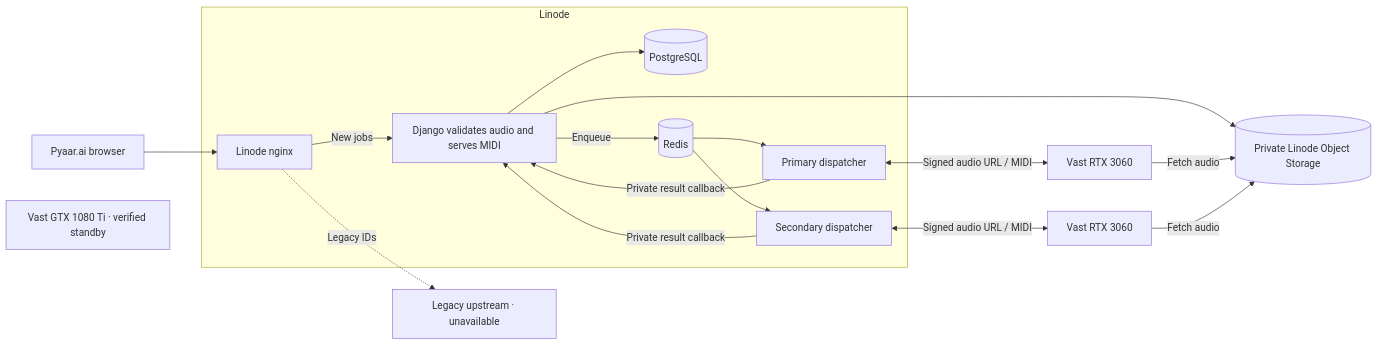
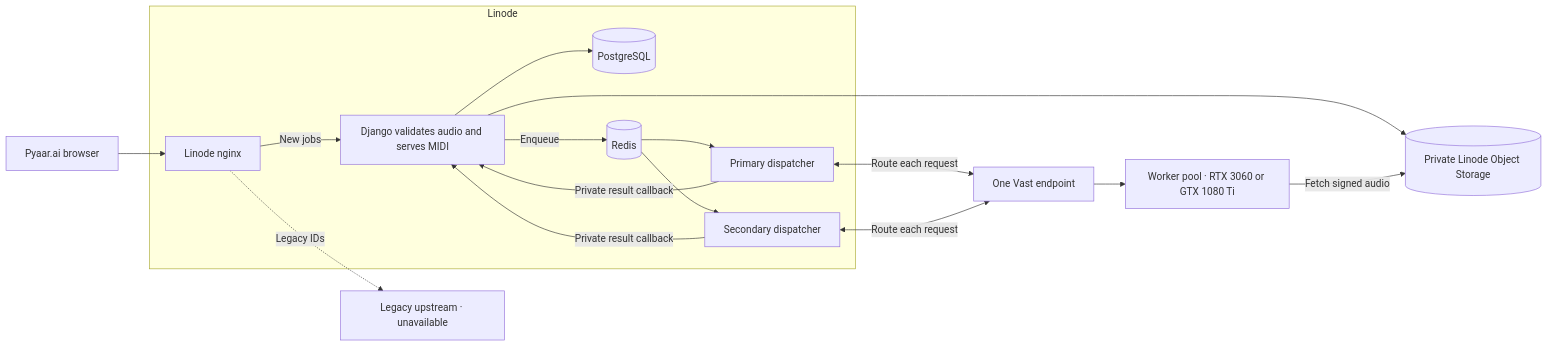
The diagram in docs/handoff-linode-cutover.md (osamja/whats-the-tab), drawn with Mermaid before and after one commit. The commit also changed other lines of this file and 4 other files, not shown here.

Commit message:
Route both Linode dispatchers through one Vast worker pool

````diff
--- a/docs/handoff-linode-cutover.md
+++ b/docs/handoff-linode-cutover.md
@@ -26,20 +26,19 @@
 ```mermaid
 flowchart LR
     Browser["Pyaar.ai browser"] --> Nginx["Linode nginx"]
     subgraph Linode
         Nginx -->|"New jobs"| Web["Django validates audio and serves MIDI"]
         Web --> DB[("PostgreSQL")]
         Web -->|"Enqueue"| Redis[("Redis")]
         Redis --> D1["Primary dispatcher"]
         Redis --> D2["Secondary dispatcher"]
         D1 -->|"Private result callback"| Web
         D2 -->|"Private result callback"| Web
     end
     Nginx -.->|"Legacy IDs"| Old["Legacy upstream · unavailable"]
     Web --> Bucket[("Private Linode Object Storage")]
-    D1 <-->|"Signed audio URL / MIDI"| G1["Vast RTX 3060"]
-    D2 <-->|"Signed audio URL / MIDI"| G2["Vast RTX 3060"]
-    G1 -->|"Fetch audio"| Bucket
-    G2 -->|"Fetch audio"| Bucket
-    Standby["Vast GTX 1080 Ti · verified standby"]
+    D1 <-->|"Route each request"| Pool["One Vast endpoint"]
+    D2 <-->|"Route each request"| Pool
+    Pool --> GPUs["Worker pool · RTX 3060 or GTX 1080 Ti"]
+    GPUs -->|"Fetch signed audio"| Bucket
 ```
````
